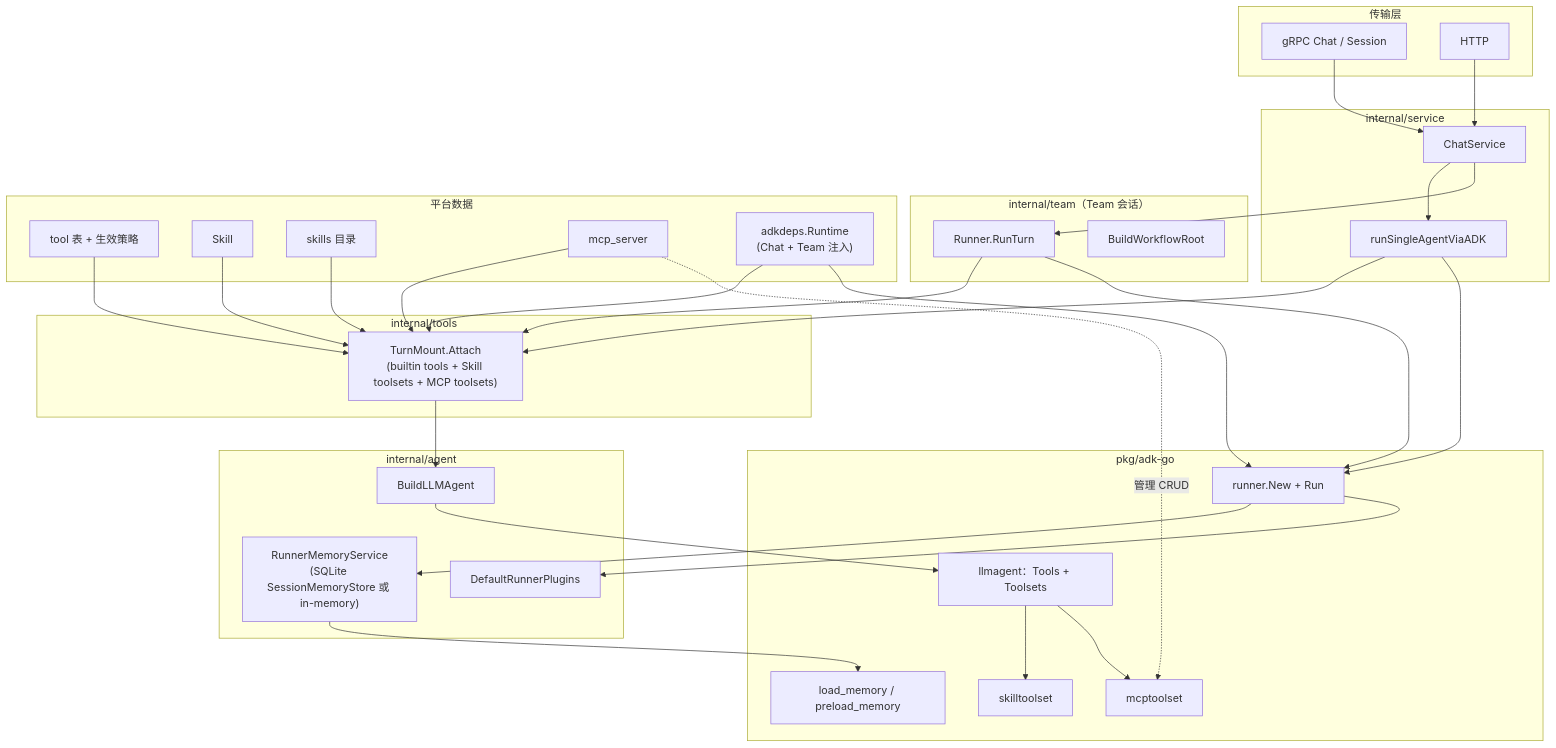
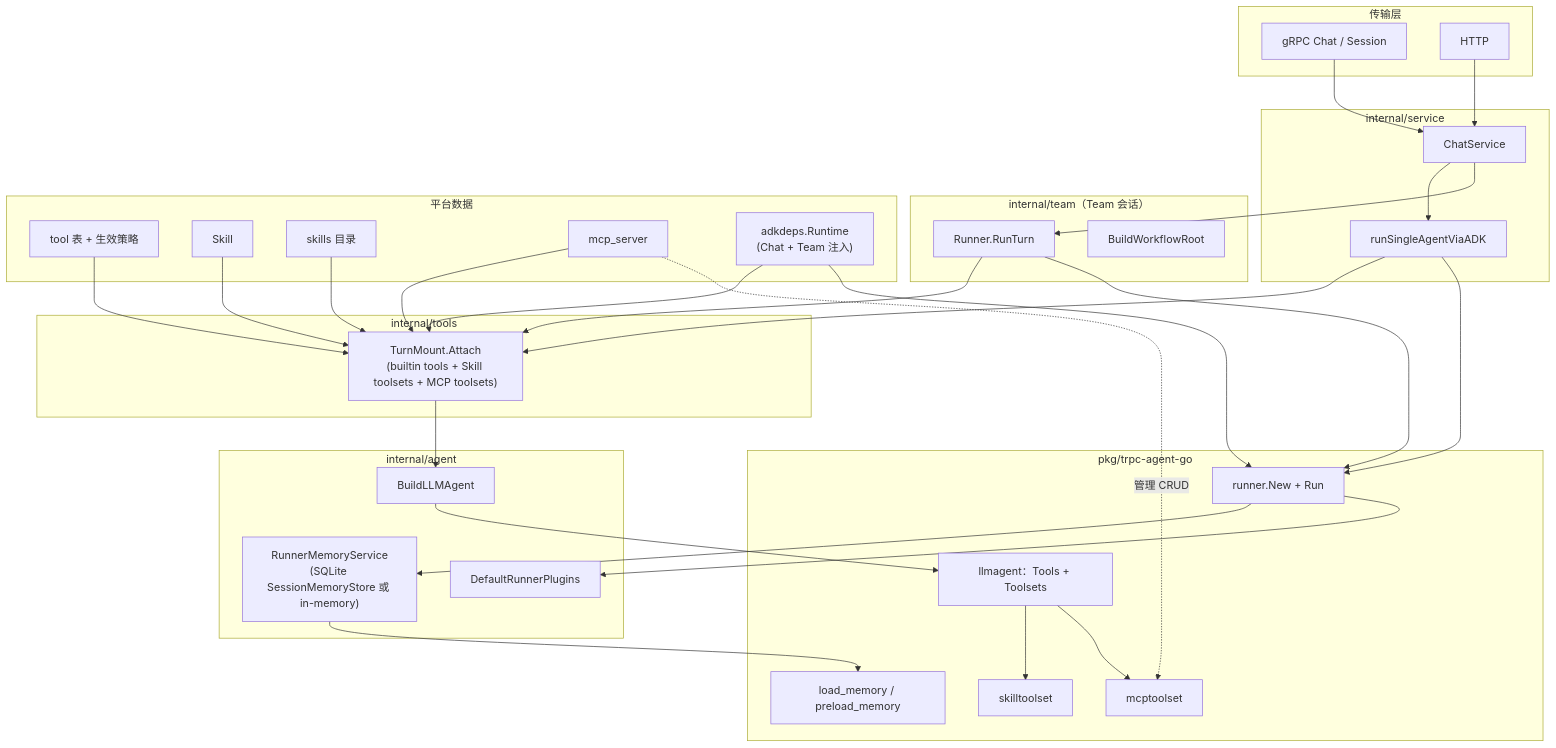
The diagram in docs/AGENT_SKILLS_TOOLS_MCP_MEMORY.md (AmarsDing/aranea-agents), drawn with Mermaid before and after one commit. The commit also changed other lines of this file and 3291 other files, not shown here.

````diff
--- a/docs/AGENT_SKILLS_TOOLS_MCP_MEMORY.md
+++ b/docs/AGENT_SKILLS_TOOLS_MCP_MEMORY.md
@@ -11,69 +11,69 @@
 ```mermaid
 flowchart TB
   subgraph Transport["传输层"]
     GRPC["gRPC Chat / Session"]
     HTTP["HTTP"]
   end
 
   subgraph Service["internal/service"]
     ChatSvc["ChatService"]
     AdkTurn["runSingleAgentViaADK"]
   end
 
   subgraph TeamSvc["internal/team（Team 会话）"]
     TeamRun["Runner.RunTurn"]
     BuildWF["BuildWorkflowRoot"]
   end
 
   subgraph InternalTools["internal/tools"]
     TurnMount["TurnMount.Attach\n(builtin tools + Skill toolsets + MCP toolsets)"]
   end
 
   subgraph AgentLayer["internal/agent"]
     BuildLLM["BuildLLMAgent"]
     MemSvc["RunnerMemoryService\n(SQLite SessionMemoryStore 或 in-memory)"]
     Plugins["DefaultRunnerPlugins"]
   end
 
-  subgraph ADK["pkg/adk-go"]
+  subgraph TRPC["pkg/trpc-agent-go"]
     Rn["runner.New + Run"]
     LLM["llmagent：Tools + Toolsets"]
     SkillTS["skilltoolset"]
     MCPTS["mcptoolset"]
     LoadMemTool["load_memory / preload_memory"]
   end
 
   subgraph PlatformData["平台数据"]
     ToolTable["tool 表 + 生效策略"]
     SkillDB["Skill"]
     SkillFS["skills 目录"]
     MCPRows["mcp_server"]
     ADKDeps["adkdeps.Runtime\n(Chat + Team 注入)"]
   end
 
   GRPC --> ChatSvc
   HTTP --> ChatSvc
   ChatSvc --> AdkTurn
   ChatSvc --> TeamRun
   ToolTable --> TurnMount
   SkillDB --> TurnMount
   SkillFS --> TurnMount
   MCPRows --> TurnMount
   ADKDeps --> TurnMount
   ADKDeps --> Rn
 
   AdkTurn --> TurnMount
   TeamRun --> TurnMount
   TurnMount --> BuildLLM
   BuildLLM --> LLM
   LLM --> SkillTS
   LLM --> MCPTS
 
   AdkTurn --> Rn
   TeamRun --> Rn
   Rn --> MemSvc
   Rn --> Plugins
   MemSvc --> LoadMemTool
 
   MCPRows -.->|"管理 CRUD"| MCPTS
 ```
````
